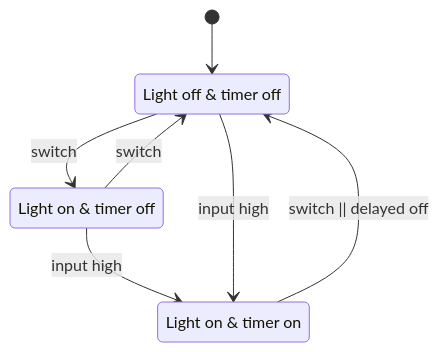
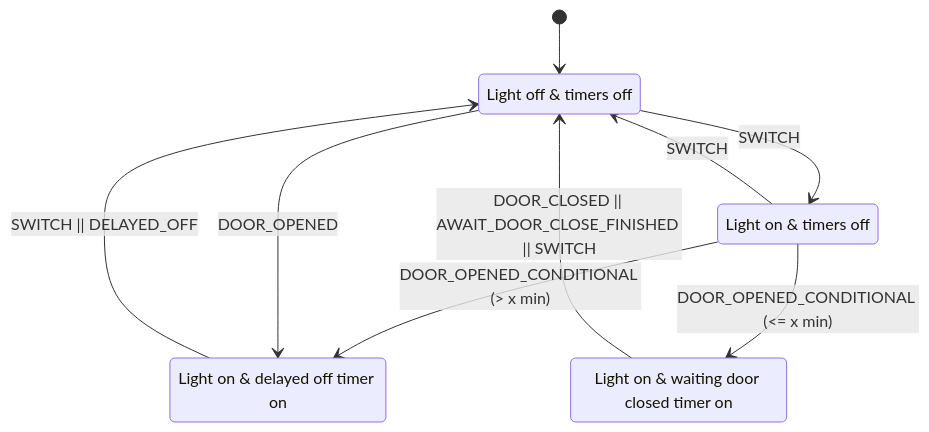
Before and after one commit to nonameplum/esp-homekit-demo: the diagram in examples/light_esp8266MOD/STATE.md, drawn with Mermaid. The commit also changed 7 other files, not shown here.

````diff
--- a/examples/light_esp8266MOD/STATE.md
+++ b/examples/light_esp8266MOD/STATE.md
@@ -1,15 +1,19 @@
 ```mermaid
 stateDiagram
-    state "Light off & timer off" as OFF
-    state "Light on & timer off" as ON
-    state "Light on & timer on" as TIMER_ON
+    state "Light off & timers off" as OFF
+    state "Light on & timers off" as ON
+    state "Light on & delayed off timer on" as ON_AUTO_OFF
+    state "Light on & waiting door closed timer on" as LEAVING_HOME
     
     [*] --> OFF
-    ON --> OFF: switch
-    OFF --> ON: switch
+    ON --> OFF: SWITCH
+    OFF --> ON: SWITCH
 
-    ON --> TIMER_ON: input high
+    ON --> ON_AUTO_OFF: DOOR_OPENED_CONDITIONAL (> x min)
 
-    OFF --> TIMER_ON: input high
-    TIMER_ON --> OFF: switch || delayed off
+    OFF --> ON_AUTO_OFF: DOOR_OPENED
+    ON_AUTO_OFF --> OFF: SWITCH || DELAYED_OFF
+
+    ON --> LEAVING_HOME: DOOR_OPENED_CONDITIONAL (<= x min)
+    LEAVING_HOME --> OFF: DOOR_CLOSED || AWAIT_DOOR_CLOSE_FINISHED || SWITCH
 ```
````
